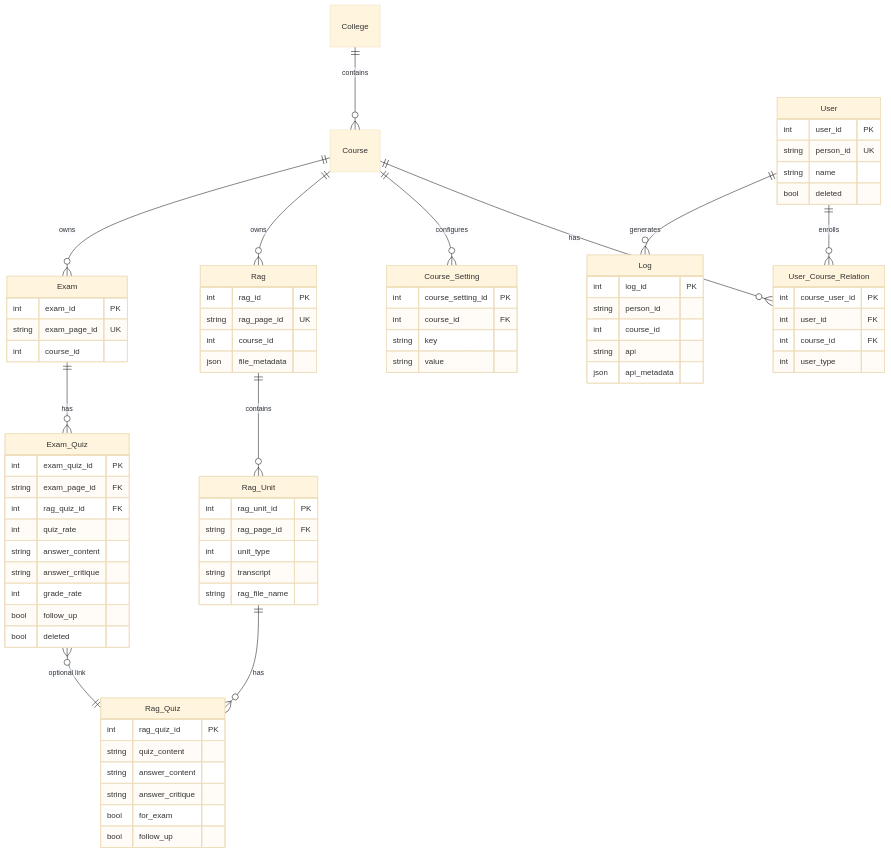
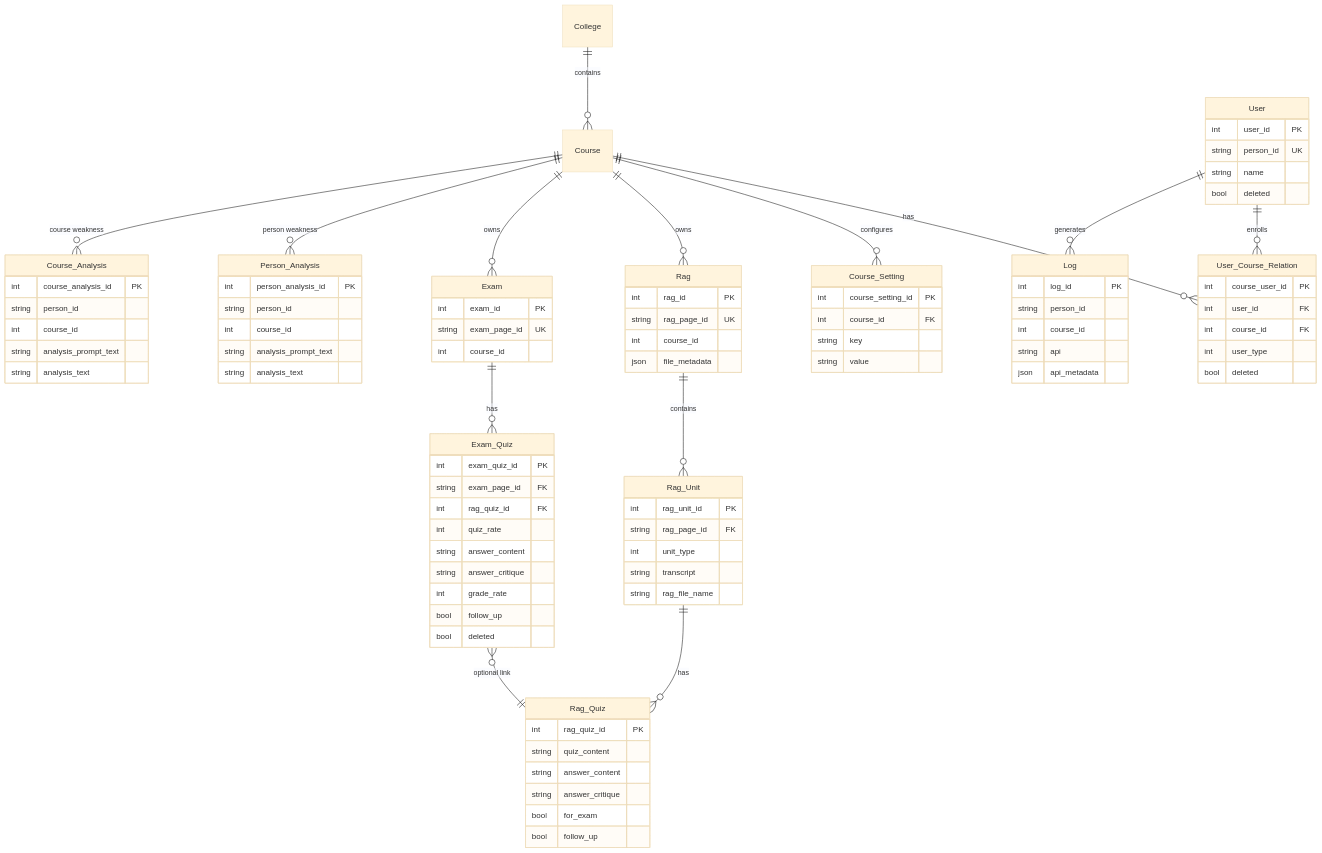
One commit to kevin7261/MyQuiz-ai-backend changed the third of 6 diagrams in README.md. Above: the diagram before and after it, drawn with Mermaid (base theme). The commit also changed other lines of this file and 4 other files, not shown here.

First line of the commit message:
Enhance Course and Person Analysis APIs with new endpoints and models

```diff
--- a/README.md
+++ b/README.md
@@ -237,6 +262,8 @@
     Course ||--o{ Exam : owns
     Exam ||--o{ Exam_Quiz : has
     Exam_Quiz }o--|| Rag_Quiz : "optional link"
+    Course ||--o{ Person_Analysis : "person weakness"
+    Course ||--o{ Course_Analysis : "course weakness"
     User ||--o{ Log : generates
 
     User {
@@ -250,6 +277,7 @@
         int user_id FK
         int course_id FK
         int user_type
+        bool deleted
     }
     Rag {
         int rag_id PK
@@ -294,6 +322,20 @@
         string key
         string value
     }
+    Person_Analysis {
+        int person_analysis_id PK
+        string person_id
+        int course_id
+        string analysis_prompt_text
+        string analysis_text
+    }
+    Course_Analysis {
+        int course_analysis_id PK
+        string person_id
+        int course_id
+        string analysis_prompt_text
+        string analysis_text
+    }
     Log {
         int log_id PK
         string person_id
```
